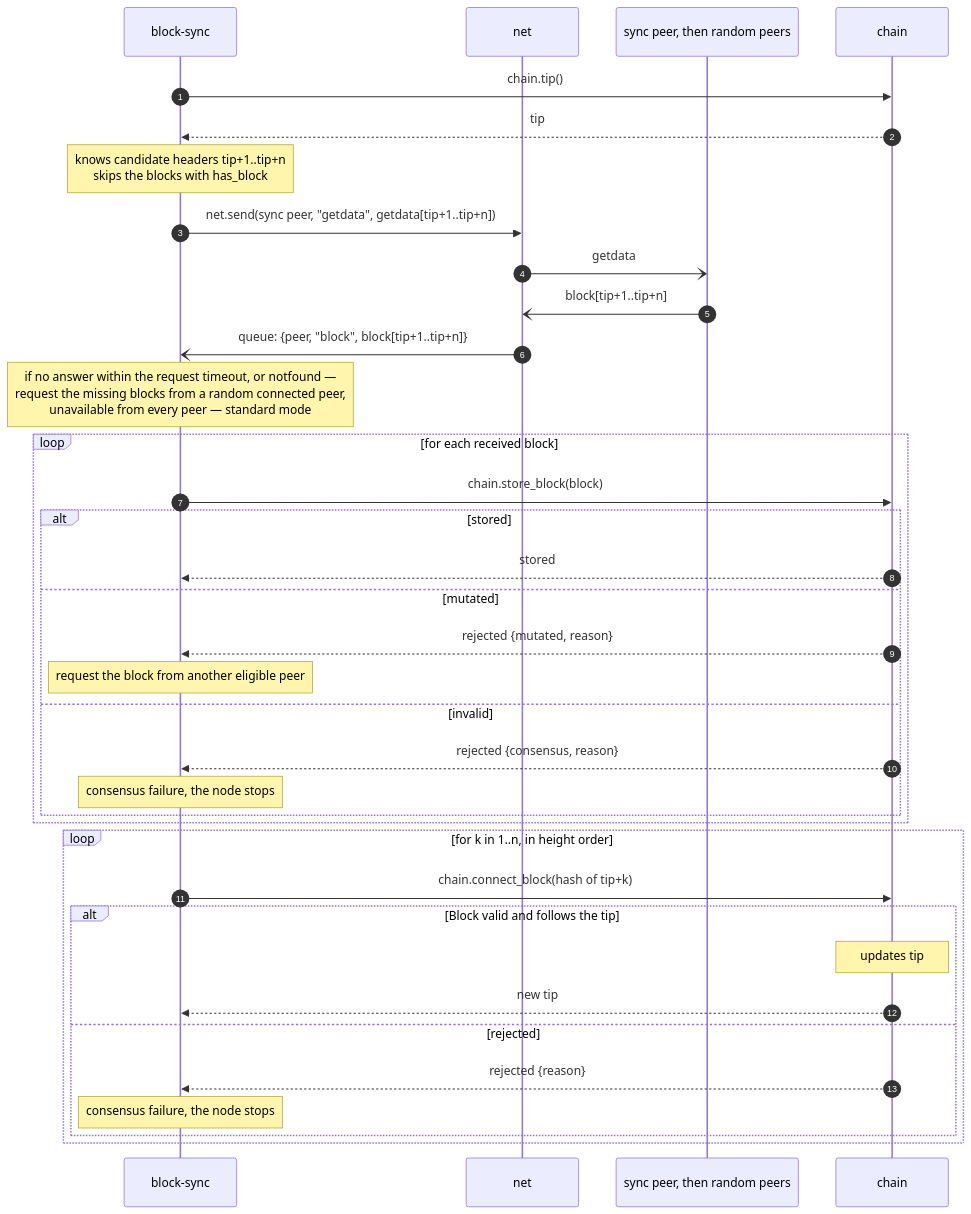
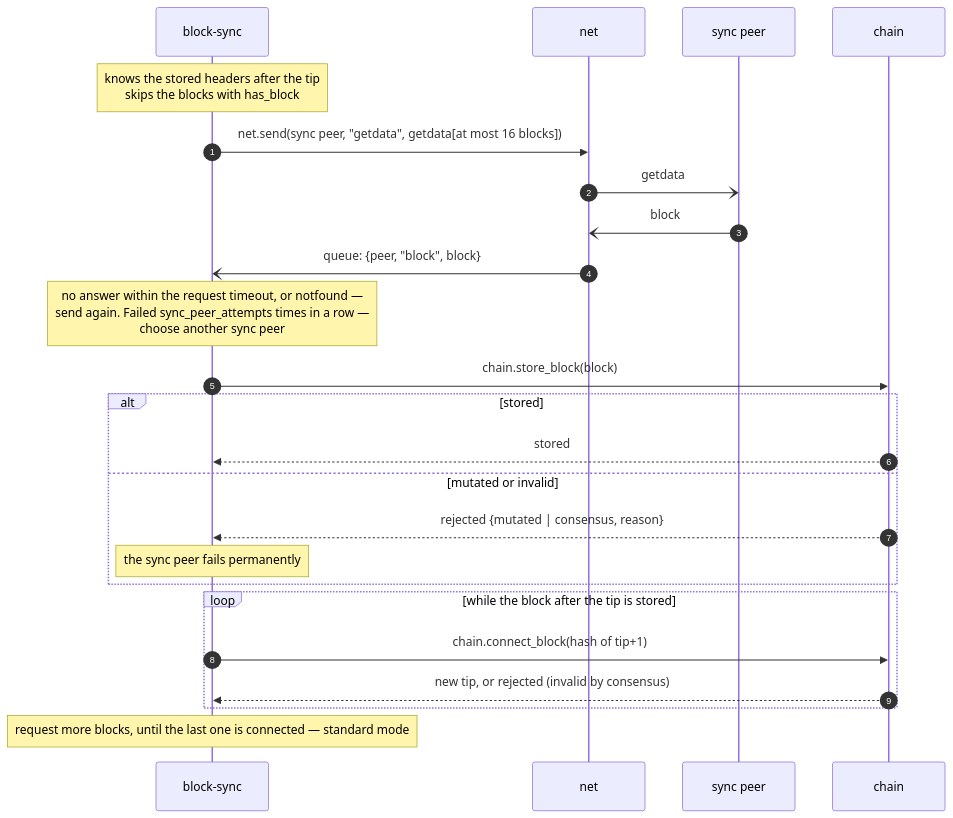
Before and after one commit to VakthundBTC/vakthund: the second of 2 diagrams in docs/flows/mode-ibd.md, drawn with Mermaid. The commit also changed other lines of this file and 6 other files, not shown here.

Commit message:
add block-sync spec.

````diff
--- a/docs/flows/mode-ibd.md
+++ b/docs/flows/mode-ibd.md
@@ -71,38 +76,26 @@
 ```mermaid
 sequenceDiagram
     autonumber
     participant BS as block-sync
     participant N as net
-    participant P as sync peer, then random peers
+    participant P as sync peer
     participant C as chain
-    BS ->> C: chain.tip()
-    C -->> BS: tip
-    Note over BS: knows candidate headers tip+1..tip+n<br/>skips the blocks with has_block
-    BS ->> N: net.send(sync peer, "getdata", getdata[tip+1..tip+n])
+    Note over BS: knows the stored headers after the tip<br/>skips the blocks with has_block
+    BS ->> N: net.send(sync peer, "getdata", getdata[at most 16 blocks])
     N -) P: getdata
-    P -) N: block[tip+1..tip+n]
-    N -) BS: queue: {peer, "block", block[tip+1..tip+n]}
-    Note over BS: if no answer within the request timeout, or notfound —<br/>request the missing blocks from a random connected peer,<br/>unavailable from every peer — standard mode
-    loop for each received block
-        BS ->> C: chain.store_block(block)
-        alt stored
-            C -->> BS: stored
-        else mutated
-            C -->> BS: rejected {mutated, reason}
-            Note over BS: request the block from another eligible peer
-        else invalid
-            C -->> BS: rejected {consensus, reason}
-            Note over BS: consensus failure, the node stops
-        end
+    P -) N: block
+    N -) BS: queue: {peer, "block", block}
+    Note over BS: no answer within the request timeout, or notfound —<br/>send again. Failed sync_peer_attempts times in a row —<br/>choose another sync peer
+    BS ->> C: chain.store_block(block)
+    alt stored
+        C -->> BS: stored
+    else mutated or invalid
+        C -->> BS: rejected {mutated | consensus, reason}
+        Note over BS: the sync peer fails permanently
     end
-    loop for k in 1..n, in height order
-        BS ->> C: chain.connect_block(hash of tip+k)
-        alt Block valid and follows the tip
-            Note over C: updates tip
-            C -->> BS: new tip
-        else rejected
-            C -->> BS: rejected {reason}
-            Note over BS: consensus failure, the node stops
-        end
+    loop while the block after the tip is stored
+        BS ->> C: chain.connect_block(hash of tip+1)
+        C -->> BS: new tip, or rejected (invalid by consensus)
     end
+    Note over BS: request more blocks, until the last one is connected — standard mode
 ```
````
